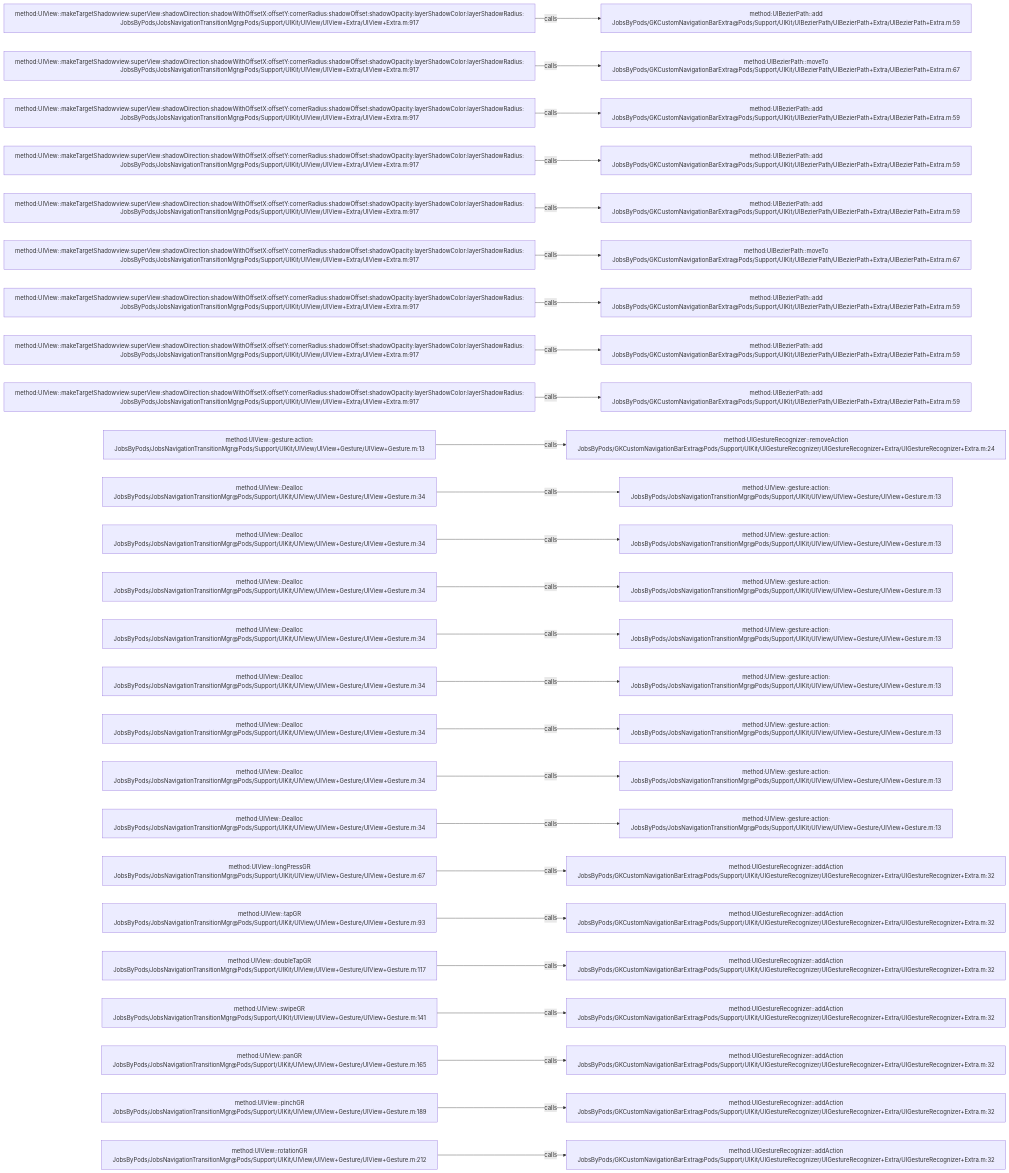
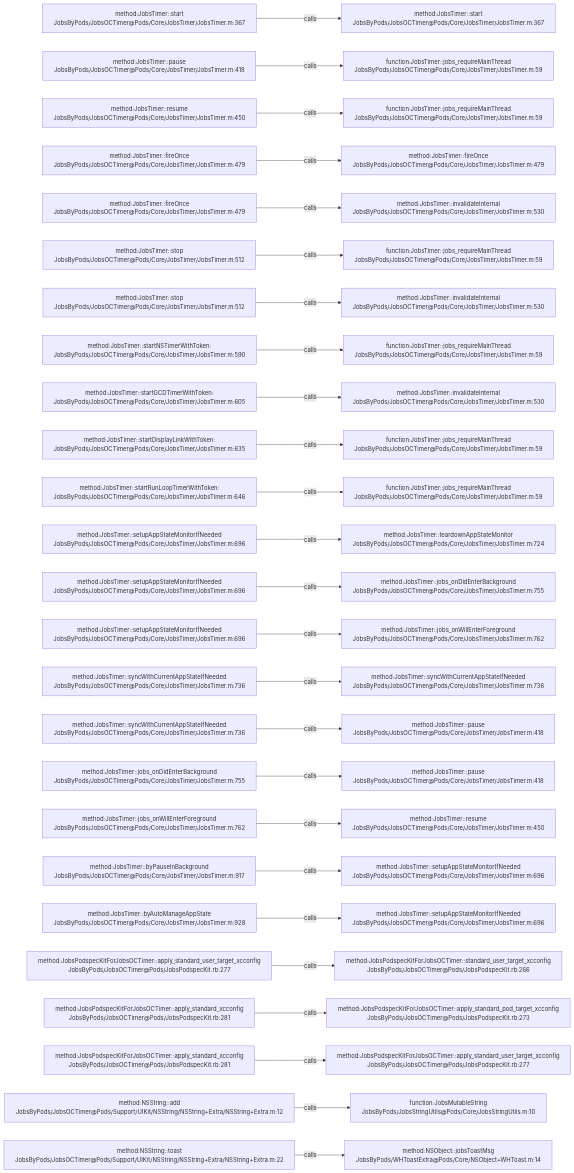
The diagram in .codegraph/codegraph.md/graphs/calls-139.md (JobsKits/JobsOCBaseConfigDemo), drawn with Mermaid before and after one commit. The commit also changed 639 other files, not shown here.

````diff
--- a/.codegraph/codegraph.md/graphs/calls-139.md
+++ b/.codegraph/codegraph.md/graphs/calls-139.md
@@ -13,78 +13,78 @@
 ```mermaid
 flowchart LR
-  S1["method:UIView::makeTargetShadowview:superView:shadowDirection:shadowWithOffsetX:offsetY:cornerRadius:shadowOffset:shadowOpacity:layerShadowColor:layerShadowRadius:<br/>JobsByPods/JobsNavigationTransitionMgr@Pods/Support/UIKit/UIView/UIView+Extra/UIView+Extra.m:917"]
-  T1["method:UIBezierPath::add<br/>JobsByPods/GKCustomNavigationBarExtra@Pods/Support/UIKit/UIBezierPath/UIBezierPath+Extra/UIBezierPath+Extra.m:59"]
+  S1["method:JobsTimer::start<br/>JobsByPods/JobsOCTimer@Pods/Core/JobsTimer/JobsTimer.m:367"]
+  T1["method:JobsTimer::start<br/>JobsByPods/JobsOCTimer@Pods/Core/JobsTimer/JobsTimer.m:367"]
   S1 -->|calls| T1
-  S2["method:UIView::makeTargetShadowview:superView:shadowDirection:shadowWithOffsetX:offsetY:cornerRadius:shadowOffset:shadowOpacity:layerShadowColor:layerShadowRadius:<br/>JobsByPods/JobsNavigationTransitionMgr@Pods/Support/UIKit/UIView/UIView+Extra/UIView+Extra.m:917"]
-  T2["method:UIBezierPath::moveTo<br/>JobsByPods/GKCustomNavigationBarExtra@Pods/Support/UIKit/UIBezierPath/UIBezierPath+Extra/UIBezierPath+Extra.m:67"]
+  S2["method:JobsTimer::pause<br/>JobsByPods/JobsOCTimer@Pods/Core/JobsTimer/JobsTimer.m:418"]
+  T2["function:JobsTimer::jobs_requireMainThread<br/>JobsByPods/JobsOCTimer@Pods/Core/JobsTimer/JobsTimer.m:59"]
   S2 -->|calls| T2
-  S3["method:UIView::makeTargetShadowview:superView:shadowDirection:shadowWithOffsetX:offsetY:cornerRadius:shadowOffset:shadowOpacity:layerShadowColor:layerShadowRadius:<br/>JobsByPods/JobsNavigationTransitionMgr@Pods/Support/UIKit/UIView/UIView+Extra/UIView+Extra.m:917"]
-  T3["method:UIBezierPath::add<br/>JobsByPods/GKCustomNavigationBarExtra@Pods/Support/UIKit/UIBezierPath/UIBezierPath+Extra/UIBezierPath+Extra.m:59"]
+  S3["method:JobsTimer::resume<br/>JobsByPods/JobsOCTimer@Pods/Core/JobsTimer/JobsTimer.m:450"]
+  T3["function:JobsTimer::jobs_requireMainThread<br/>JobsByPods/JobsOCTimer@Pods/Core/JobsTimer/JobsTimer.m:59"]
   S3 -->|calls| T3
-  S4["method:UIView::makeTargetShadowview:superView:shadowDirection:shadowWithOffsetX:offsetY:cornerRadius:shadowOffset:shadowOpacity:layerShadowColor:layerShadowRadius:<br/>JobsByPods/JobsNavigationTransitionMgr@Pods/Support/UIKit/UIView/UIView+Extra/UIView+Extra.m:917"]
-  T4["method:UIBezierPath::add<br/>JobsByPods/GKCustomNavigationBarExtra@Pods/Support/UIKit/UIBezierPath/UIBezierPath+Extra/UIBezierPath+Extra.m:59"]
+  S4["method:JobsTimer::fireOnce<br/>JobsByPods/JobsOCTimer@Pods/Core/JobsTimer/JobsTimer.m:479"]
+  T4["method:JobsTimer::fireOnce<br/>JobsByPods/JobsOCTimer@Pods/Core/JobsTimer/JobsTimer.m:479"]
   S4 -->|calls| T4
-  S5["method:UIView::makeTargetShadowview:superView:shadowDirection:shadowWithOffsetX:offsetY:cornerRadius:shadowOffset:shadowOpacity:layerShadowColor:layerShadowRadius:<br/>JobsByPods/JobsNavigationTransitionMgr@Pods/Support/UIKit/UIView/UIView+Extra/UIView+Extra.m:917"]
-  T5["method:UIBezierPath::add<br/>JobsByPods/GKCustomNavigationBarExtra@Pods/Support/UIKit/UIBezierPath/UIBezierPath+Extra/UIBezierPath+Extra.m:59"]
+  S5["method:JobsTimer::fireOnce<br/>JobsByPods/JobsOCTimer@Pods/Core/JobsTimer/JobsTimer.m:479"]
+  T5["method:JobsTimer::invalidateInternal<br/>JobsByPods/JobsOCTimer@Pods/Core/JobsTimer/JobsTimer.m:530"]
   S5 -->|calls| T5
-  S6["method:UIView::makeTargetShadowview:superView:shadowDirection:shadowWithOffsetX:offsetY:cornerRadius:shadowOffset:shadowOpacity:layerShadowColor:layerShadowRadius:<br/>JobsByPods/JobsNavigationTransitionMgr@Pods/Support/UIKit/UIView/UIView+Extra/UIView+Extra.m:917"]
-  T6["method:UIBezierPath::moveTo<br/>JobsByPods/GKCustomNavigationBarExtra@Pods/Support/UIKit/UIBezierPath/UIBezierPath+Extra/UIBezierPath+Extra.m:67"]
+  S6["method:JobsTimer::stop<br/>JobsByPods/JobsOCTimer@Pods/Core/JobsTimer/JobsTimer.m:512"]
+  T6["function:JobsTimer::jobs_requireMainThread<br/>JobsByPods/JobsOCTimer@Pods/Core/JobsTimer/JobsTimer.m:59"]
   S6 -->|calls| T6
-  S7["method:UIView::makeTargetShadowview:superView:shadowDirection:shadowWithOffsetX:offsetY:cornerRadius:shadowOffset:shadowOpacity:layerShadowColor:layerShadowRadius:<br/>JobsByPods/JobsNavigationTransitionMgr@Pods/Support/UIKit/UIView/UIView+Extra/UIView+Extra.m:917"]
-  T7["method:UIBezierPath::add<br/>JobsByPods/GKCustomNavigationBarExtra@Pods/Support/UIKit/UIBezierPath/UIBezierPath+Extra/UIBezierPath+Extra.m:59"]
+  S7["method:JobsTimer::stop<br/>JobsByPods/JobsOCTimer@Pods/Core/JobsTimer/JobsTimer.m:512"]
+  T7["method:JobsTimer::invalidateInternal<br/>JobsByPods/JobsOCTimer@Pods/Core/JobsTimer/JobsTimer.m:530"]
   S7 -->|calls| T7
-  S8["method:UIView::makeTargetShadowview:superView:shadowDirection:shadowWithOffsetX:offsetY:cornerRadius:shadowOffset:shadowOpacity:layerShadowColor:layerShadowRadius:<br/>JobsByPods/JobsNavigationTransitionMgr@Pods/Support/UIKit/UIView/UIView+Extra/UIView+Extra.m:917"]
-  T8["method:UIBezierPath::add<br/>JobsByPods/GKCustomNavigationBarExtra@Pods/Support/UIKit/UIBezierPath/UIBezierPath+Extra/UIBezierPath+Extra.m:59"]
+  S8["method:JobsTimer::startNSTimerWithToken:<br/>JobsByPods/JobsOCTimer@Pods/Core/JobsTimer/JobsTimer.m:590"]
+  T8["function:JobsTimer::jobs_requireMainThread<br/>JobsByPods/JobsOCTimer@Pods/Core/JobsTimer/JobsTimer.m:59"]
   S8 -->|calls| T8
-  S9["method:UIView::makeTargetShadowview:superView:shadowDirection:shadowWithOffsetX:offsetY:cornerRadius:shadowOffset:shadowOpacity:layerShadowColor:layerShadowRadius:<br/>JobsByPods/JobsNavigationTransitionMgr@Pods/Support/UIKit/UIView/UIView+Extra/UIView+Extra.m:917"]
-  T9["method:UIBezierPath::add<br/>JobsByPods/GKCustomNavigationBarExtra@Pods/Support/UIKit/UIBezierPath/UIBezierPath+Extra/UIBezierPath+Extra.m:59"]
+  S9["method:JobsTimer::startGCDTimerWithToken:<br/>JobsByPods/JobsOCTimer@Pods/Core/JobsTimer/JobsTimer.m:605"]
+  T9["method:JobsTimer::invalidateInternal<br/>JobsByPods/JobsOCTimer@Pods/Core/JobsTimer/JobsTimer.m:530"]
   S9 -->|calls| T9
-  S10["method:UIView::gesture:action:<br/>JobsByPods/JobsNavigationTransitionMgr@Pods/Support/UIKit/UIView/UIView+Gesture/UIView+Gesture.m:13"]
-  T10["method:UIGestureRecognizer::removeAction<br/>JobsByPods/GKCustomNavigationBarExtra@Pods/Support/UIKit/UIGestureRecognizer/UIGestureRecognizer+Extra/UIGestureRecognizer+Extra.m:24"]
+  S10["method:JobsTimer::startDisplayLinkWithToken:<br/>JobsByPods/JobsOCTimer@Pods/Core/JobsTimer/JobsTimer.m:635"]
+  T10["function:JobsTimer::jobs_requireMainThread<br/>JobsByPods/JobsOCTimer@Pods/Core/JobsTimer/JobsTimer.m:59"]
   S10 -->|calls| T10
-  S11["method:UIView::Dealloc<br/>JobsByPods/JobsNavigationTransitionMgr@Pods/Support/UIKit/UIView/UIView+Gesture/UIView+Gesture.m:34"]
-  T11["method:UIView::gesture:action:<br/>JobsByPods/JobsNavigationTransitionMgr@Pods/Support/UIKit/UIView/UIView+Gesture/UIView+Gesture.m:13"]
+  S11["method:JobsTimer::startRunLoopTimerWithToken:<br/>JobsByPods/JobsOCTimer@Pods/Core/JobsTimer/JobsTimer.m:646"]
+  T11["function:JobsTimer::jobs_requireMainThread<br/>JobsByPods/JobsOCTimer@Pods/Core/JobsTimer/JobsTimer.m:59"]
   S11 -->|calls| T11
-  S12["method:UIView::Dealloc<br/>JobsByPods/JobsNavigationTransitionMgr@Pods/Support/UIKit/UIView/UIView+Gesture/UIView+Gesture.m:34"]
-  T12["method:UIView::gesture:action:<br/>JobsByPods/JobsNavigationTransitionMgr@Pods/Support/UIKit/UIView/UIView+Gesture/UIView+Gesture.m:13"]
+  S12["method:JobsTimer::setupAppStateMonitorIfNeeded<br/>JobsByPods/JobsOCTimer@Pods/Core/JobsTimer/JobsTimer.m:696"]
+  T12["method:JobsTimer::teardownAppStateMonitor<br/>JobsByPods/JobsOCTimer@Pods/Core/JobsTimer/JobsTimer.m:724"]
   S12 -->|calls| T12
-  S13["method:UIView::Dealloc<br/>JobsByPods/JobsNavigationTransitionMgr@Pods/Support/UIKit/UIView/UIView+Gesture/UIView+Gesture.m:34"]
-  T13["method:UIView::gesture:action:<br/>JobsByPods/JobsNavigationTransitionMgr@Pods/Support/UIKit/UIView/UIView+Gesture/UIView+Gesture.m:13"]
+  S13["method:JobsTimer::setupAppStateMonitorIfNeeded<br/>JobsByPods/JobsOCTimer@Pods/Core/JobsTimer/JobsTimer.m:696"]
+  T13["method:JobsTimer::jobs_onDidEnterBackground<br/>JobsByPods/JobsOCTimer@Pods/Core/JobsTimer/JobsTimer.m:755"]
   S13 -->|calls| T13
-  S14["method:UIView::Dealloc<br/>JobsByPods/JobsNavigationTransitionMgr@Pods/Support/UIKit/UIView/UIView+Gesture/UIView+Gesture.m:34"]
-  T14["method:UIView::gesture:action:<br/>JobsByPods/JobsNavigationTransitionMgr@Pods/Support/UIKit/UIView/UIView+Gesture/UIView+Gesture.m:13"]
+  S14["method:JobsTimer::setupAppStateMonitorIfNeeded<br/>JobsByPods/JobsOCTimer@Pods/Core/JobsTimer/JobsTimer.m:696"]
+  T14["method:JobsTimer::jobs_onWillEnterForeground<br/>JobsByPods/JobsOCTimer@Pods/Core/JobsTimer/JobsTimer.m:762"]
   S14 -->|calls| T14
-  S15["method:UIView::Dealloc<br/>JobsByPods/JobsNavigationTransitionMgr@Pods/Support/UIKit/UIView/UIView+Gesture/UIView+Gesture.m:34"]
-  T15["method:UIView::gesture:action:<br/>JobsByPods/JobsNavigationTransitionMgr@Pods/Support/UIKit/UIView/UIView+Gesture/UIView+Gesture.m:13"]
+  S15["method:JobsTimer::syncWithCurrentAppStateIfNeeded<br/>JobsByPods/JobsOCTimer@Pods/Core/JobsTimer/JobsTimer.m:736"]
+  T15["method:JobsTimer::syncWithCurrentAppStateIfNeeded<br/>JobsByPods/JobsOCTimer@Pods/Core/JobsTimer/JobsTimer.m:736"]
   S15 -->|calls| T15
-  S16["method:UIView::Dealloc<br/>JobsByPods/JobsNavigationTransitionMgr@Pods/Support/UIKit/UIView/UIView+Gesture/UIView+Gesture.m:34"]
-  T16["method:UIView::gesture:action:<br/>JobsByPods/JobsNavigationTransitionMgr@Pods/Support/UIKit/UIView/UIView+Gesture/UIView+Gesture.m:13"]
+  S16["method:JobsTimer::syncWithCurrentAppStateIfNeeded<br/>JobsByPods/JobsOCTimer@Pods/Core/JobsTimer/JobsTimer.m:736"]
+  T16["method:JobsTimer::pause<br/>JobsByPods/JobsOCTimer@Pods/Core/JobsTimer/JobsTimer.m:418"]
   S16 -->|calls| T16
-  S17["method:UIView::Dealloc<br/>JobsByPods/JobsNavigationTransitionMgr@Pods/Support/UIKit/UIView/UIView+Gesture/UIView+Gesture.m:34"]
-  T17["method:UIView::gesture:action:<br/>JobsByPods/JobsNavigationTransitionMgr@Pods/Support/UIKit/UIView/UIView+Gesture/UIView+Gesture.m:13"]
+  S17["method:JobsTimer::jobs_onDidEnterBackground<br/>JobsByPods/JobsOCTimer@Pods/Core/JobsTimer/JobsTimer.m:755"]
+  T17["method:JobsTimer::pause<br/>JobsByPods/JobsOCTimer@Pods/Core/JobsTimer/JobsTimer.m:418"]
   S17 -->|calls| T17
-  S18["method:UIView::Dealloc<br/>JobsByPods/JobsNavigationTransitionMgr@Pods/Support/UIKit/UIView/UIView+Gesture/UIView+Gesture.m:34"]
-  T18["method:UIView::gesture:action:<br/>JobsByPods/JobsNavigationTransitionMgr@Pods/Support/UIKit/UIView/UIView+Gesture/UIView+Gesture.m:13"]
+  S18["method:JobsTimer::jobs_onWillEnterForeground<br/>JobsByPods/JobsOCTimer@Pods/Core/JobsTimer/JobsTimer.m:762"]
+  T18["method:JobsTimer::resume<br/>JobsByPods/JobsOCTimer@Pods/Core/JobsTimer/JobsTimer.m:450"]
   S18 -->|calls| T18
-  S19["method:UIView::longPressGR<br/>JobsByPods/JobsNavigationTransitionMgr@Pods/Support/UIKit/UIView/UIView+Gesture/UIView+Gesture.m:67"]
-  T19["method:UIGestureRecognizer::addAction<br/>JobsByPods/GKCustomNavigationBarExtra@Pods/Support/UIKit/UIGestureRecognizer/UIGestureRecognizer+Extra/UIGestureRecognizer+Extra.m:32"]
+  S19["method:JobsTimer::byPauseInBackground<br/>JobsByPods/JobsOCTimer@Pods/Core/JobsTimer/JobsTimer.m:917"]
+  T19["method:JobsTimer::setupAppStateMonitorIfNeeded<br/>JobsByPods/JobsOCTimer@Pods/Core/JobsTimer/JobsTimer.m:696"]
   S19 -->|calls| T19
-  S20["method:UIView::tapGR<br/>JobsByPods/JobsNavigationTransitionMgr@Pods/Support/UIKit/UIView/UIView+Gesture/UIView+Gesture.m:93"]
-  T20["method:UIGestureRecognizer::addAction<br/>JobsByPods/GKCustomNavigationBarExtra@Pods/Support/UIKit/UIGestureRecognizer/UIGestureRecognizer+Extra/UIGestureRecognizer+Extra.m:32"]
+  S20["method:JobsTimer::byAutoManageAppState<br/>JobsByPods/JobsOCTimer@Pods/Core/JobsTimer/JobsTimer.m:928"]
+  T20["method:JobsTimer::setupAppStateMonitorIfNeeded<br/>JobsByPods/JobsOCTimer@Pods/Core/JobsTimer/JobsTimer.m:696"]
   S20 -->|calls| T20
-  S21["method:UIView::doubleTapGR<br/>JobsByPods/JobsNavigationTransitionMgr@Pods/Support/UIKit/UIView/UIView+Gesture/UIView+Gesture.m:117"]
-  T21["method:UIGestureRecognizer::addAction<br/>JobsByPods/GKCustomNavigationBarExtra@Pods/Support/UIKit/UIGestureRecognizer/UIGestureRecognizer+Extra/UIGestureRecognizer+Extra.m:32"]
+  S21["method:JobsPodspecKitForJobsOCTimer::apply_standard_user_target_xcconfig<br/>JobsByPods/JobsOCTimer@Pods/JobsPodspecKit.rb:277"]
+  T21["method:JobsPodspecKitForJobsOCTimer::standard_user_target_xcconfig<br/>JobsByPods/JobsOCTimer@Pods/JobsPodspecKit.rb:266"]
   S21 -->|calls| T21
-  S22["method:UIView::swipeGR<br/>JobsByPods/JobsNavigationTransitionMgr@Pods/Support/UIKit/UIView/UIView+Gesture/UIView+Gesture.m:141"]
-  T22["method:UIGestureRecognizer::addAction<br/>JobsByPods/GKCustomNavigationBarExtra@Pods/Support/UIKit/UIGestureRecognizer/UIGestureRecognizer+Extra/UIGestureRecognizer+Extra.m:32"]
+  S22["method:JobsPodspecKitForJobsOCTimer::apply_standard_xcconfig<br/>JobsByPods/JobsOCTimer@Pods/JobsPodspecKit.rb:281"]
+  T22["method:JobsPodspecKitForJobsOCTimer::apply_standard_pod_target_xcconfig<br/>JobsByPods/JobsOCTimer@Pods/JobsPodspecKit.rb:273"]
   S22 -->|calls| T22
-  S23["method:UIView::panGR<br/>JobsByPods/JobsNavigationTransitionMgr@Pods/Support/UIKit/UIView/UIView+Gesture/UIView+Gesture.m:165"]
-  T23["method:UIGestureRecognizer::addAction<br/>JobsByPods/GKCustomNavigationBarExtra@Pods/Support/UIKit/UIGestureRecognizer/UIGestureRecognizer+Extra/UIGestureRecognizer+Extra.m:32"]
+  S23["method:JobsPodspecKitForJobsOCTimer::apply_standard_xcconfig<br/>JobsByPods/JobsOCTimer@Pods/JobsPodspecKit.rb:281"]
+  T23["method:JobsPodspecKitForJobsOCTimer::apply_standard_user_target_xcconfig<br/>JobsByPods/JobsOCTimer@Pods/JobsPodspecKit.rb:277"]
   S23 -->|calls| T23
-  S24["method:UIView::pinchGR<br/>JobsByPods/JobsNavigationTransitionMgr@Pods/Support/UIKit/UIView/UIView+Gesture/UIView+Gesture.m:189"]
-  T24["method:UIGestureRecognizer::addAction<br/>JobsByPods/GKCustomNavigationBarExtra@Pods/Support/UIKit/UIGestureRecognizer/UIGestureRecognizer+Extra/UIGestureRecognizer+Extra.m:32"]
+  S24["method:NSString::add<br/>JobsByPods/JobsOCTimer@Pods/Support/UIKit/NSString/NSString+Extra/NSString+Extra.m:12"]
+  T24["function:JobsMutableString<br/>JobsByPods/JobsStringUtils@Pods/Core/JobsStringUtils.m:10"]
   S24 -->|calls| T24
-  S25["method:UIView::rotationGR<br/>JobsByPods/JobsNavigationTransitionMgr@Pods/Support/UIKit/UIView/UIView+Gesture/UIView+Gesture.m:212"]
-  T25["method:UIGestureRecognizer::addAction<br/>JobsByPods/GKCustomNavigationBarExtra@Pods/Support/UIKit/UIGestureRecognizer/UIGestureRecognizer+Extra/UIGestureRecognizer+Extra.m:32"]
+  S25["method:NSString::toast<br/>JobsByPods/JobsOCTimer@Pods/Support/UIKit/NSString/NSString+Extra/NSString+Extra.m:22"]
+  T25["method:NSObject::jobsToastMsg<br/>JobsByPods/WHToastExtra@Pods/Core/NSObject+WHToast.m:14"]
   S25 -->|calls| T25
 ```
````
